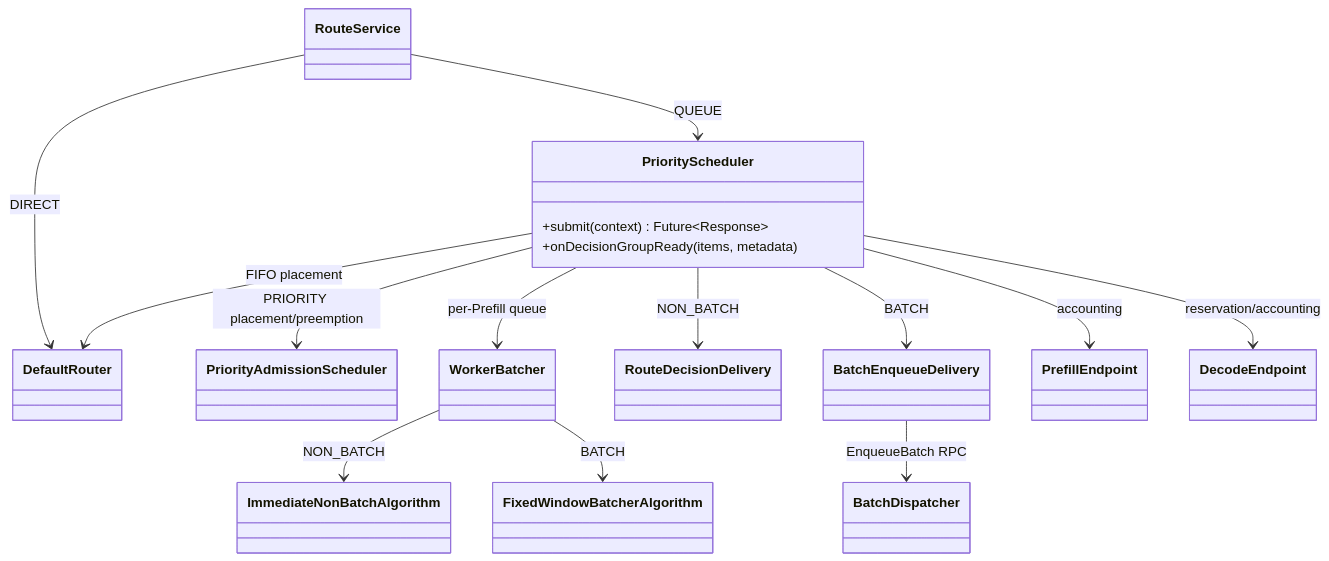
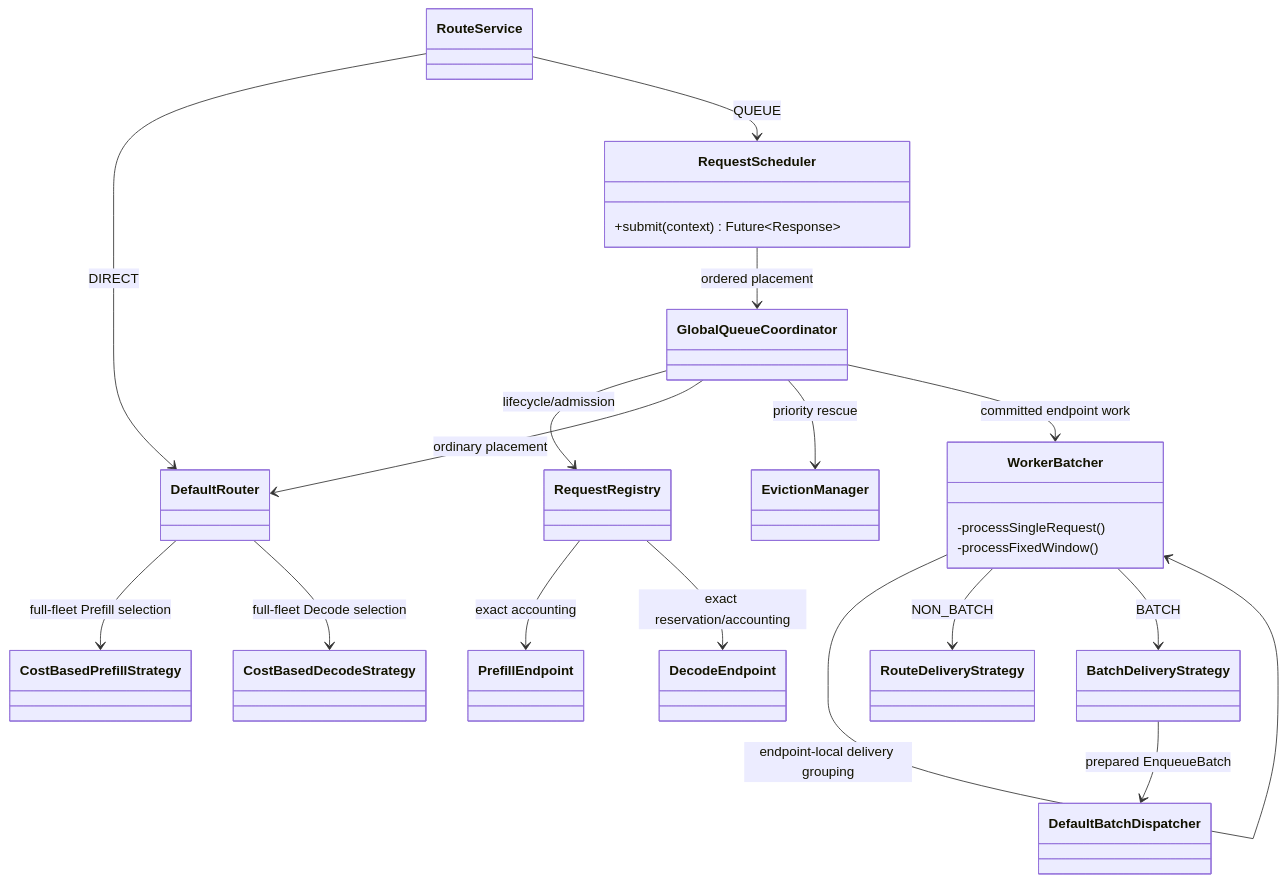
The first of 2 diagrams in rtp_llm/flexlb/docs/priority-scheduler-delivery-modes.md (alibaba/rtp-llm), drawn with Mermaid before and after one commit. The commit also changed other lines of this file and 448 other files, not shown here.

````diff
--- a/rtp_llm/flexlb/docs/priority-scheduler-delivery-modes.md
+++ b/rtp_llm/flexlb/docs/priority-scheduler-delivery-modes.md
@@ -26,31 +29,38 @@
 ```mermaid
 classDiagram
     class RouteService
     class DefaultRouter
-    class PriorityScheduler {
+    class CostBasedPrefillStrategy
+    class CostBasedDecodeStrategy
+    class RequestScheduler {
         +submit(context) Future~Response~
-        +onDecisionGroupReady(items, metadata)
     }
-    class PriorityAdmissionScheduler
-    class WorkerBatcher
-    class ImmediateNonBatchAlgorithm
-    class FixedWindowBatcherAlgorithm
-    class RouteDecisionDelivery
-    class BatchEnqueueDelivery
-    class BatchDispatcher
+    class GlobalQueueCoordinator
+    class RequestRegistry
+    class EvictionManager
+    class WorkerBatcher {
+        -processSingleRequest()
+        -processFixedWindow()
+    }
+    class RouteDeliveryStrategy
+    class BatchDeliveryStrategy
+    class DefaultBatchDispatcher
     class PrefillEndpoint
     class DecodeEndpoint
 
     RouteService --> DefaultRouter : DIRECT
-    RouteService --> PriorityScheduler : QUEUE
-    PriorityScheduler --> DefaultRouter : FIFO placement
-    PriorityScheduler --> PriorityAdmissionScheduler : PRIORITY placement/preemption
-    PriorityScheduler --> WorkerBatcher : per-Prefill queue
-    WorkerBatcher --> ImmediateNonBatchAlgorithm : NON_BATCH
-    WorkerBatcher --> FixedWindowBatcherAlgorithm : BATCH
-    PriorityScheduler --> RouteDecisionDelivery : NON_BATCH
-    PriorityScheduler --> BatchEnqueueDelivery : BATCH
-    BatchEnqueueDelivery --> BatchDispatcher : EnqueueBatch RPC
-    PriorityScheduler --> PrefillEndpoint : accounting
-    PriorityScheduler --> DecodeEndpoint : reservation/accounting
+    RouteService --> RequestScheduler : QUEUE
+    DefaultRouter --> CostBasedPrefillStrategy : full-fleet Prefill selection
+    DefaultRouter --> CostBasedDecodeStrategy : full-fleet Decode selection
+    RequestScheduler --> GlobalQueueCoordinator : ordered placement
+    GlobalQueueCoordinator --> RequestRegistry : lifecycle/admission
+    GlobalQueueCoordinator --> DefaultRouter : ordinary placement
+    GlobalQueueCoordinator --> EvictionManager : priority rescue
+    GlobalQueueCoordinator --> WorkerBatcher : committed endpoint work
+    WorkerBatcher --> WorkerBatcher : endpoint-local delivery grouping
+    WorkerBatcher --> RouteDeliveryStrategy : NON_BATCH
+    WorkerBatcher --> BatchDeliveryStrategy : BATCH
+    BatchDeliveryStrategy --> DefaultBatchDispatcher : prepared EnqueueBatch
+    RequestRegistry --> PrefillEndpoint : exact accounting
+    RequestRegistry --> DecodeEndpoint : exact reservation/accounting
 ```
````
